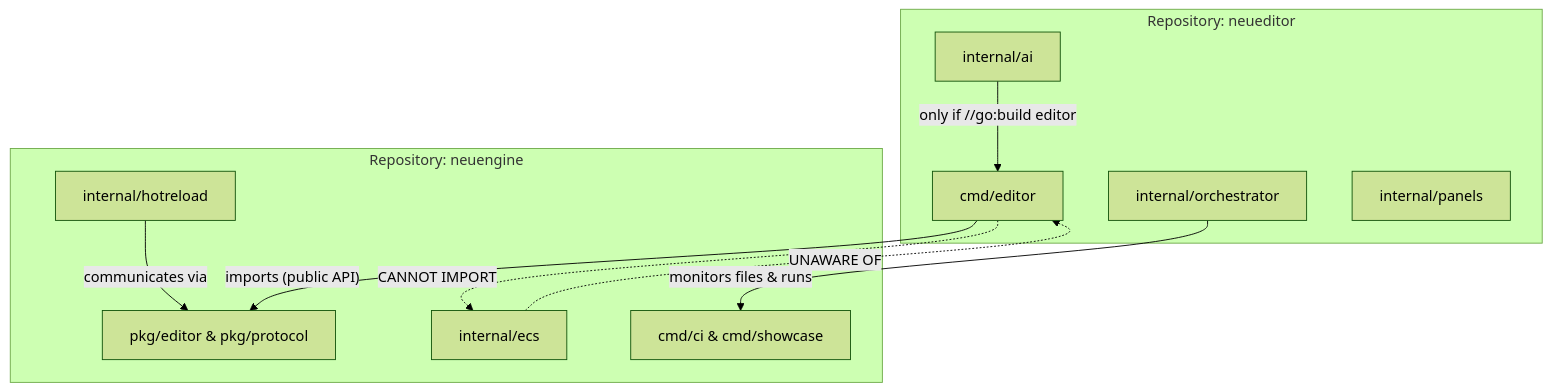
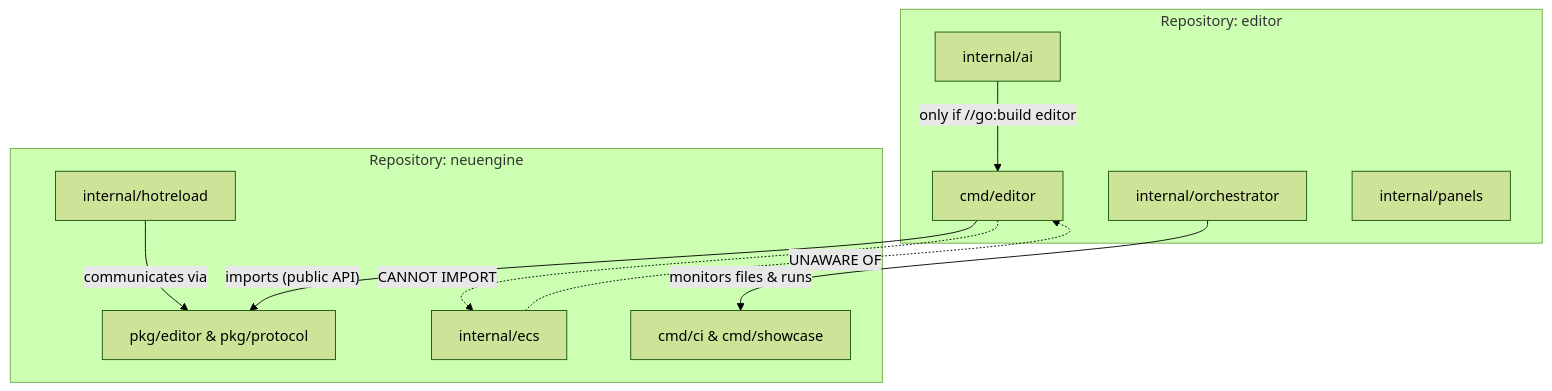
Before and after one commit to neuengine/neu: the diagram in CONTRIBUTING.md, drawn with Mermaid (forest theme). The commit also changed other lines of this file and 12 other files, not shown here.

````diff
--- a/CONTRIBUTING.md
+++ b/CONTRIBUTING.md
@@ -149,26 +149,26 @@
 ```mermaid
 graph TD
-    subgraph "Repository: neueditor"
+    subgraph "Repository: editor"
         ED_CMD[cmd/editor]
         ED_AI[internal/ai]
         ED_ORCH[internal/orchestrator]
         ED_UI[internal/panels]
     end
 
     subgraph "Repository: neuengine"
         ENG_CORE[internal/ecs]
         ENG_HOT[internal/hotreload]
         ENG_PKG[pkg/editor & pkg/protocol]
         ENG_CI[cmd/ci & cmd/showcase]
     end
 
     %% Dependency Rules
     ED_CMD -- "imports (public API)" --> ENG_PKG
     ED_ORCH -- "monitors files & runs" --> ENG_CI
     ED_AI -- "only if //go:build editor" --> ED_CMD
     ENG_HOT -- "communicates via" --> ENG_PKG
     
     %% Isolation
     ED_CMD -. "CANNOT IMPORT" .-> ENG_CORE
     ENG_CORE -. "UNAWARE OF" .-> ED_CMD
 ```
````
